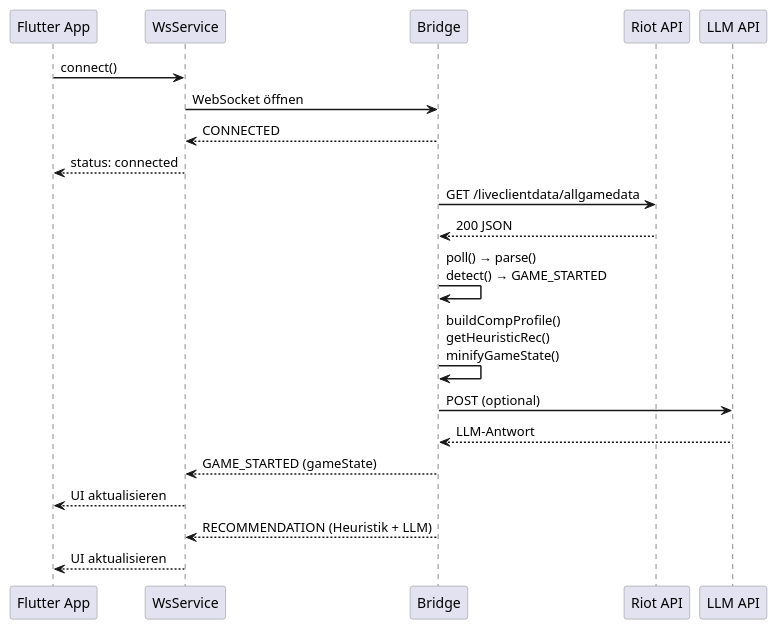
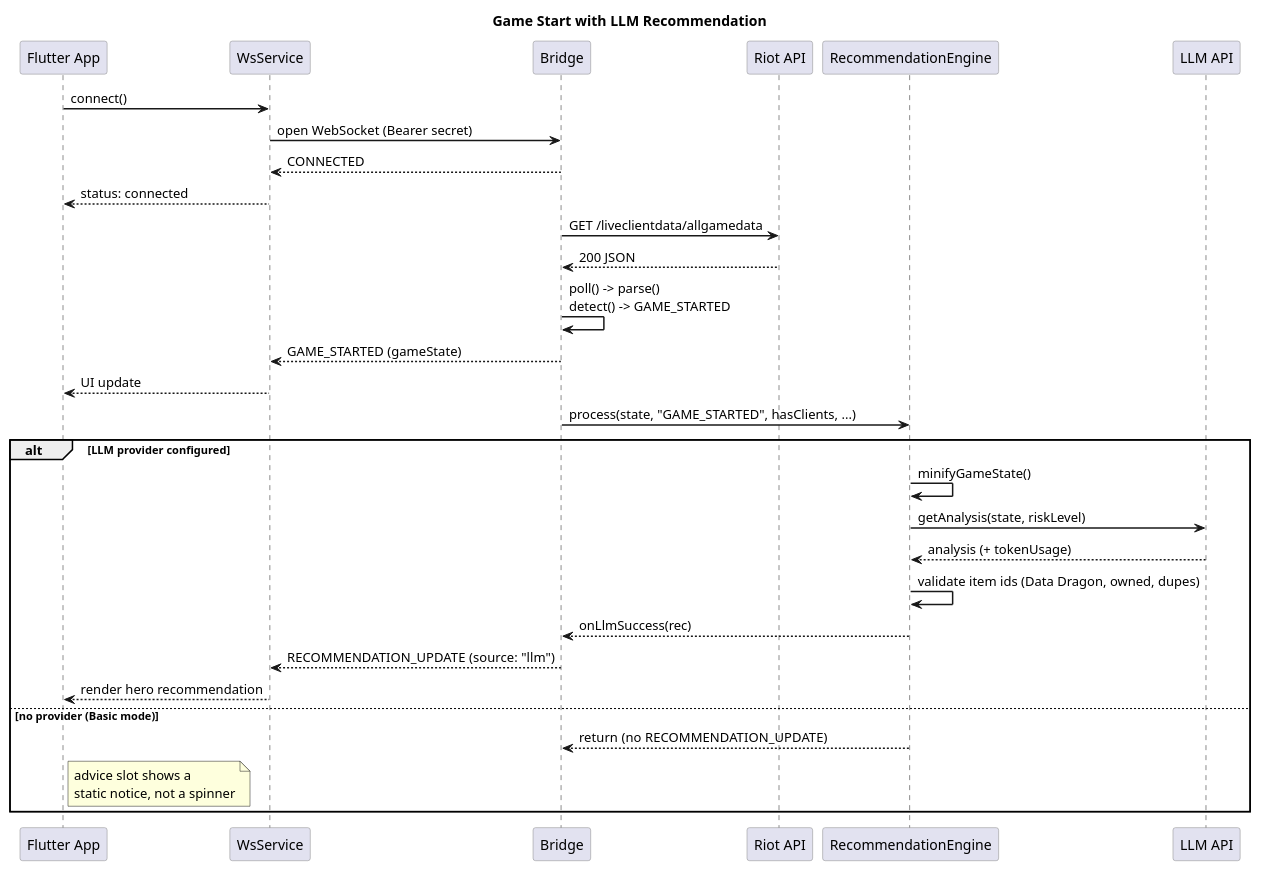
One commit to NexusHero/LOLRecommender changed the diagram in docs/umls/06_seq_gamestart.puml. Above: the diagram before and after it, drawn with PlantUML. The commit also changed 11 other files, not shown here.

```diff
--- a/docs/umls/06_seq_gamestart.puml
+++ b/docs/umls/06_seq_gamestart.puml
@@ -1,31 +1,42 @@
 @startuml
 skinparam backgroundColor #FFFFFF
 skinparam defaultFontName Arial
 skinparam sequenceArrowThickness 1.5
 skinparam sequenceParticipantBorderColor #888888
 skinparam sequenceBoxBorderColor #AAAAAA
 
+title Game Start with LLM Recommendation
+
 participant "Flutter App" as app
 participant "WsService" as ws
 participant "Bridge" as bridge
 participant "Riot API" as riot
+participant "RecommendationEngine" as eng
 participant "LLM API" as llm
 
 app -> ws : connect()
-ws -> bridge : WebSocket öffnen
+ws -> bridge : open WebSocket (Bearer secret)
 bridge --> ws : CONNECTED
 ws --> app : status: connected
 
 bridge -> riot : GET /liveclientdata/allgamedata
 riot --> bridge : 200 JSON
 
-bridge -> bridge : poll() → parse()\ndetect() → GAME_STARTED
-bridge -> bridge : buildCompProfile()\ngetHeuristicRec()\nminifyGameState()
-bridge -> llm : POST (optional)
-llm --> bridge : LLM-Antwort
+bridge -> bridge : poll() -> parse()\ndetect() -> GAME_STARTED
+bridge --> ws : GAME_STARTED (gameState)
+ws --> app : UI update
 
-bridge --> ws : GAME_STARTED (gameState)
-ws --> app : UI aktualisieren
-bridge --> ws : RECOMMENDATION (Heuristik + LLM)
-ws --> app : UI aktualisieren
+bridge -> eng : process(state, "GAME_STARTED", hasClients, ...)
+alt LLM provider configured
+  eng -> eng : minifyGameState()
+  eng -> llm : getAnalysis(state, riskLevel)
+  llm --> eng : analysis (+ tokenUsage)
+  eng -> eng : validate item ids (Data Dragon, owned, dupes)
+  eng --> bridge : onLlmSuccess(rec)
+  bridge --> ws : RECOMMENDATION_UPDATE (source: "llm")
+  ws --> app : render hero recommendation
+else no provider (Basic mode)
+  eng --> bridge : return (no RECOMMENDATION_UPDATE)
+  note right of app : advice slot shows a\nstatic notice, not a spinner
+end
 @enduml
```
